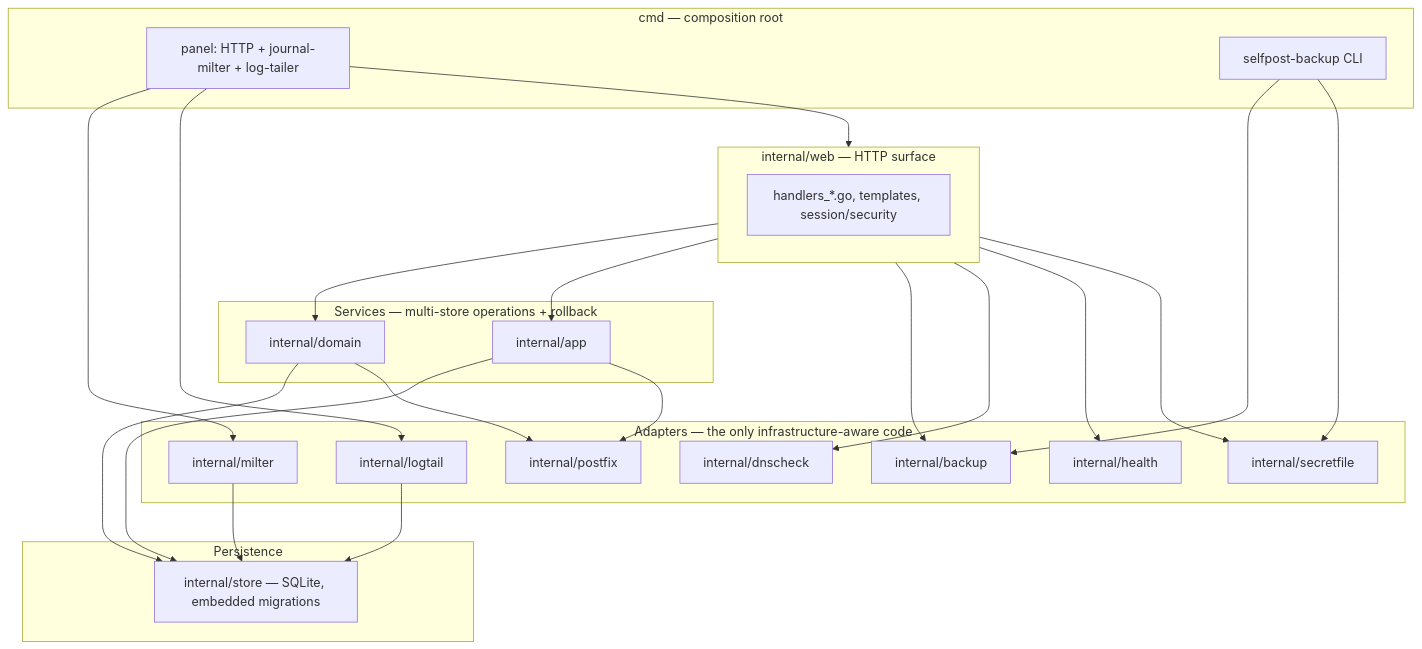
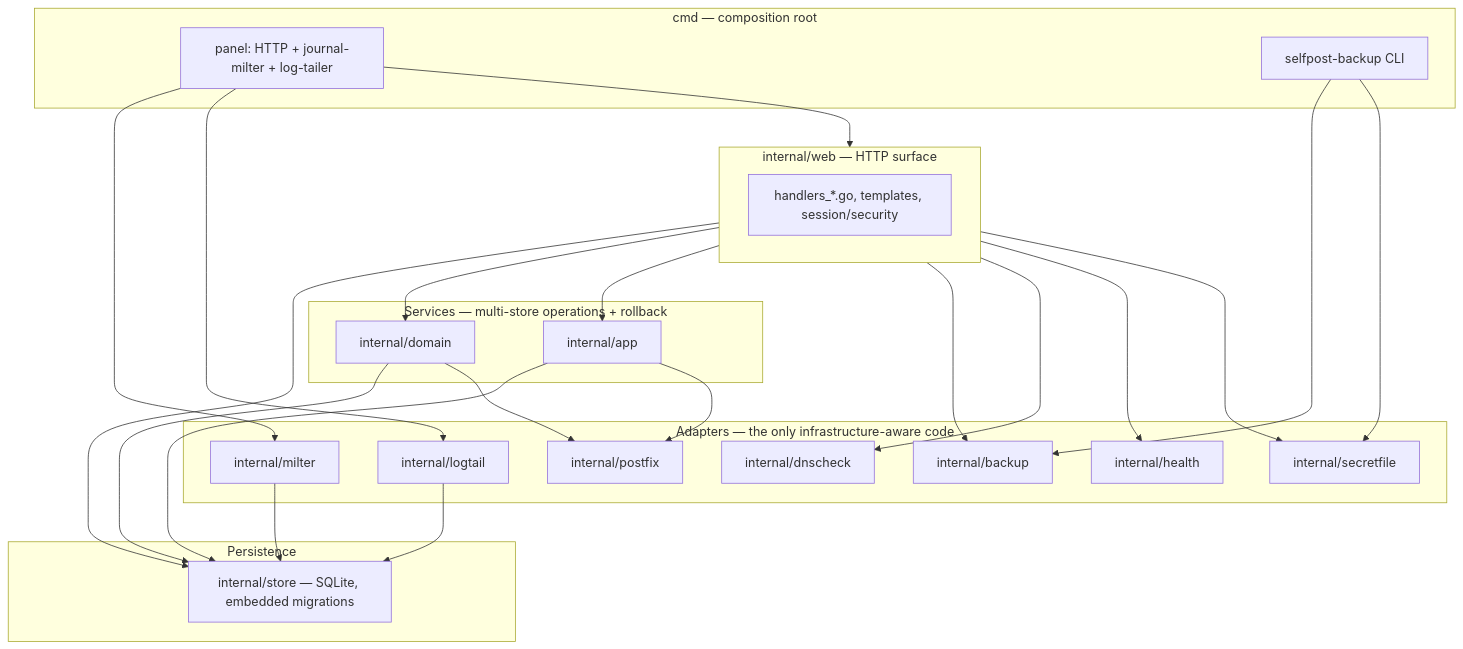
One commit to mixeme/selfpost changed the diagram in docs/architecture.md. Above: the diagram before and after it, drawn with Mermaid. The commit also changed other lines of this file and 6 other files, not shown here.

````diff
--- a/docs/architecture.md
+++ b/docs/architecture.md
@@ -209,43 +214,44 @@
 ```mermaid
 flowchart TB
   subgraph cmd ["cmd — composition root"]
     panel["panel: HTTP + journal-milter + log-tailer"]
     backupcli["selfpost-backup CLI"]
   end
   subgraph web ["internal/web — HTTP surface"]
     handlers["handlers_*.go, templates, session/security"]
   end
   subgraph services ["Services — multi-store operations + rollback"]
     domainSvc["internal/domain"]
     appSvc["internal/app"]
   end
   subgraph persistence ["Persistence"]
     store["internal/store — SQLite, embedded migrations"]
   end
   subgraph adapters ["Adapters — the only infrastructure-aware code"]
     postfix["internal/postfix"]
     milterPkg["internal/milter"]
     logtail["internal/logtail"]
     dnscheck["internal/dnscheck"]
     backupPkg["internal/backup"]
     health["internal/health"]
     secretfile["internal/secretfile"]
   end
   panel --> web
   panel --> milterPkg
   panel --> logtail
   backupcli --> backupPkg
   backupcli --> secretfile
+  web --> store
   web --> domainSvc
   web --> appSvc
   web --> backupPkg
   web --> dnscheck
   web --> health
   web --> secretfile
   domainSvc --> store
   appSvc --> store
   milterPkg --> store
   logtail --> store
   domainSvc --> postfix
   appSvc --> postfix
 ```
````
